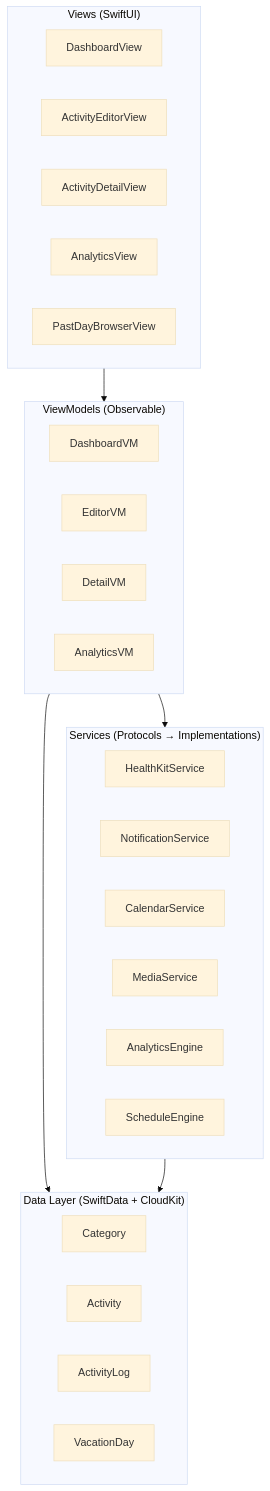
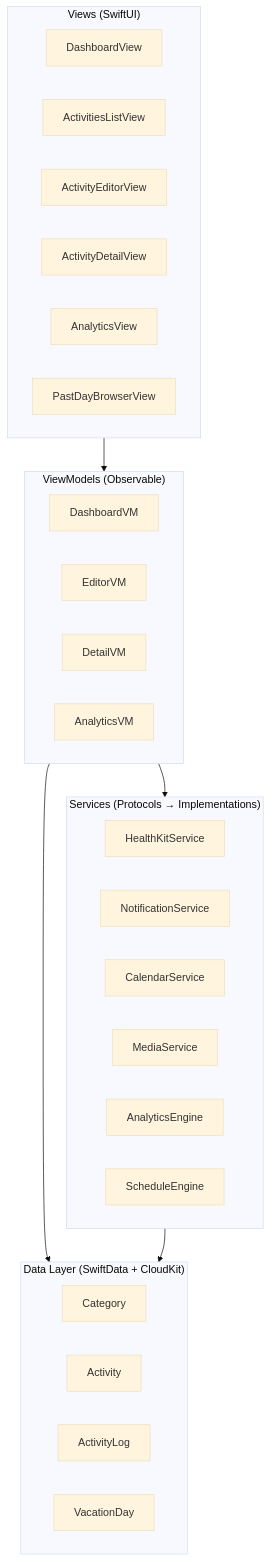
Before and after one commit to samg2003/personal_activity_tracking: the first of 2 diagrams in docs/ARCHITECTURE.md, drawn with Mermaid (base theme). The commit also changed other lines of this file and 15 other files, not shown here.

````diff
--- a/docs/ARCHITECTURE.md
+++ b/docs/ARCHITECTURE.md
@@ -5,38 +5,39 @@
 ```mermaid
 graph TB
     subgraph Views["Views (SwiftUI)"]
         DashboardView
+        ActivitiesListView
         ActivityEditorView
         ActivityDetailView
         AnalyticsView
         PastDayBrowserView
     end
 
     subgraph ViewModels["ViewModels (Observable)"]
         DashboardVM
         EditorVM
         DetailVM
         AnalyticsVM
     end
 
     subgraph Services["Services (Protocols → Implementations)"]
         HealthKitService
         NotificationService
         CalendarService
         MediaService
         AnalyticsEngine
         ScheduleEngine
     end
 
     subgraph Data["Data Layer (SwiftData + CloudKit)"]
         Category
         Activity
         ActivityLog
         VacationDay
     end
 
     Views --> ViewModels
     ViewModels --> Services
     ViewModels --> Data
     Services --> Data
 ```
````
